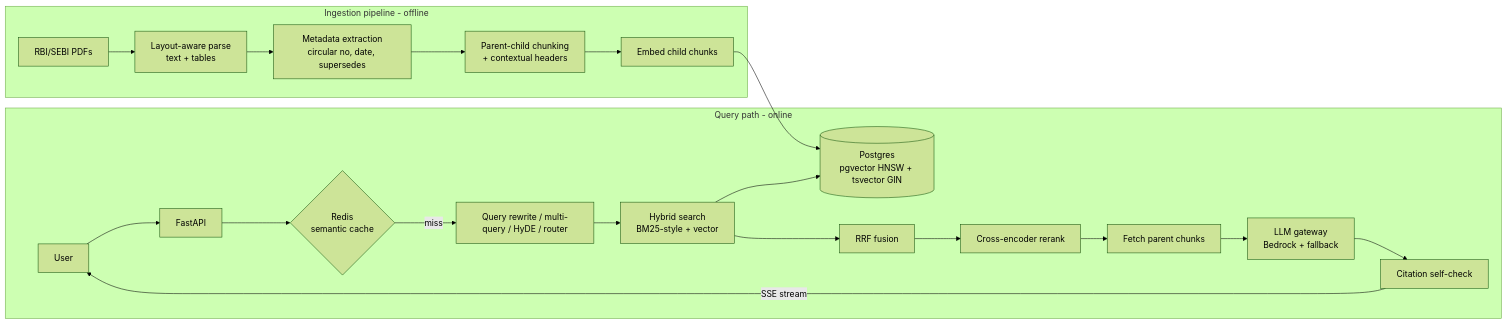
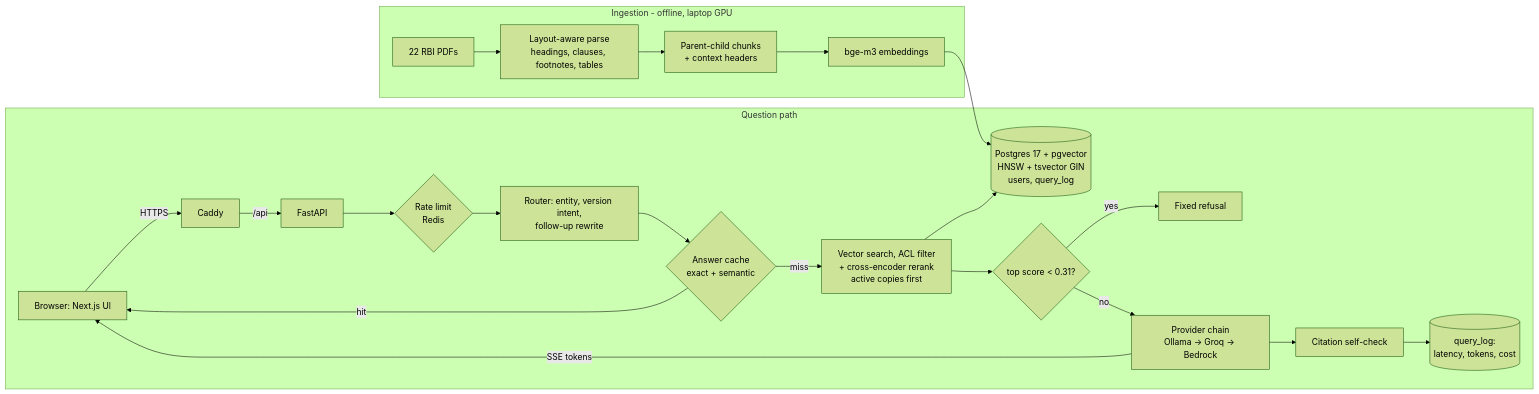
The diagram in project-1-complianceiq/docs/ARCHITECTURE.md (JKDhanush/ai-engineer-portfolio), drawn with Mermaid (forest theme) before and after one commit. The commit also changed other lines of this file and 34 other files, not shown here.

Commit message:
P1: Next.js UI, AWS deploy kit, CD, load test, cost model

````diff
--- a/project-1-complianceiq/docs/ARCHITECTURE.md
+++ b/project-1-complianceiq/docs/ARCHITECTURE.md
@@ -3,24 +3,25 @@
 ```mermaid
 flowchart LR
-    subgraph Ingestion [Ingestion pipeline - offline]
-        PDF[RBI/SEBI PDFs] --> Parse[Layout-aware parse<br/>text + tables]
-        Parse --> Meta[Metadata extraction<br/>circular no, date, supersedes]
-        Meta --> Chunk[Parent-child chunking<br/>+ contextual headers]
-        Chunk --> Embed[Embed child chunks]
+    subgraph Offline [Ingestion - offline, laptop GPU]
+        PDF[22 RBI PDFs] --> Parse[Layout-aware parse<br/>headings, clauses, footnotes, tables]
+        Parse --> Chunk[Parent-child chunks<br/>+ context headers]
+        Chunk --> Embed[bge-m3 embeddings]
     end
+    Embed --> PG[(Postgres 17 + pgvector<br/>HNSW + tsvector GIN<br/>users, query_log)]
 
-    Embed --> PG[(Postgres<br/>pgvector HNSW + tsvector GIN)]
-
-    subgraph Query [Query path - online]
-        U[User] --> API[FastAPI]
-        API --> Cache{Redis<br/>semantic cache}
-        Cache -- miss --> QI[Query rewrite / multi-query / HyDE / router]
-        QI --> H[Hybrid search<br/>BM25-style + vector]
-        H --> PG
-        H --> RRF[RRF fusion] --> RR[Cross-encoder rerank]
-        RR --> Parent[Fetch parent chunks]
-        Parent --> LLM[LLM gateway<br/>Bedrock + fallback]
-        LLM --> Check[Citation self-check]
-        Check -- SSE stream --> U
+    subgraph Online [Question path]
+        U[Browser: Next.js UI] -->|HTTPS| Caddy
+        Caddy -->|/api| API[FastAPI]
+        API --> RL{Rate limit<br/>Redis}
+        RL --> Router[Router: entity, version intent,<br/>follow-up rewrite]
+        Router --> Cache{Answer cache<br/>exact + semantic}
+        Cache -- hit --> U
+        Cache -- miss --> Ret[Vector search, ACL filter<br/>+ cross-encoder rerank<br/>active copies first]
+        Ret --> PG
+        Ret --> Gate{top score < 0.31?}
+        Gate -- yes --> Refuse[Fixed refusal]
+        Gate -- no --> LLM[Provider chain<br/>Ollama → Groq → Bedrock]
+        LLM -- SSE tokens --> U
+        LLM --> Check[Citation self-check] --> Log[(query_log:<br/>latency, tokens, cost)]
     end
 ```
````
